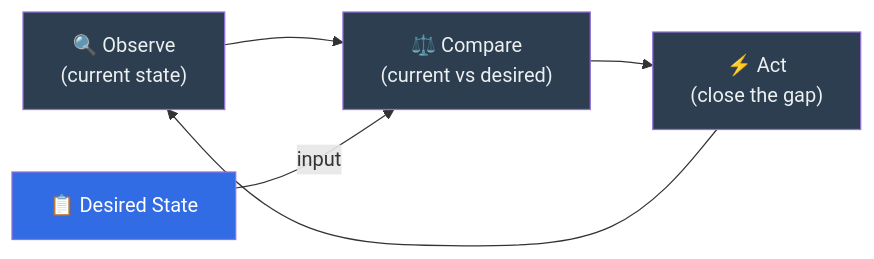
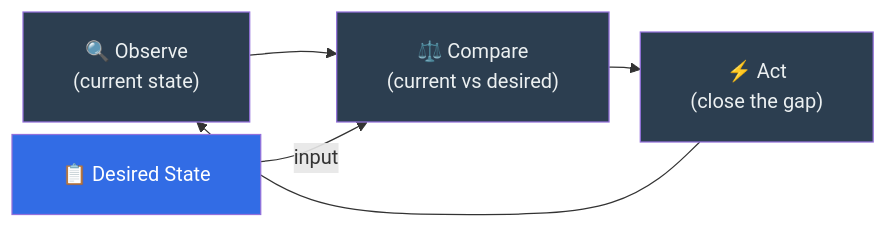
One commit to Alnour/kube_book changed the first of 5 diagrams in Chapter_5_Expanded.md. Above: the diagram before and after it, drawn with Mermaid. The commit also changed other lines of this file and 7 other files, not shown here.

First line of the commit message:
Fix Mermaid diagram sizing, layout, and label rendering

````diff
--- a/Chapter_5_Expanded.md
+++ b/Chapter_5_Expanded.md
@@ -16,12 +16,13 @@
 ```mermaid
+%%{init: {'flowchart': {'nodeSpacing': 10, 'rankSpacing': 25, 'padding': 20, 'subGraphTitleMargin': {'top': 10, 'bottom': 5}}}}%%
 graph LR
-    Observe["🔍 Observe\n(current state)"] --> Compare["⚖️ Compare\n(current vs desired)"]
-    Compare --> Act["⚡ Act\n(close the gap)"]
+    Observe["🔍 Observe<br/>(current state)"] --> Compare["⚖️ Compare<br/>(current vs desired)"]
+    Compare --> Act["⚡ Act<br/>(close the gap)"]
     Act --> Observe
     Desired["📋 Desired State"] -->|input| Compare
 
     style Desired fill:#326ce5,color:#fff
     style Observe fill:#2c3e50,color:#ecf0f1
     style Compare fill:#2c3e50,color:#ecf0f1
     style Act fill:#2c3e50,color:#ecf0f1
 ```
````
